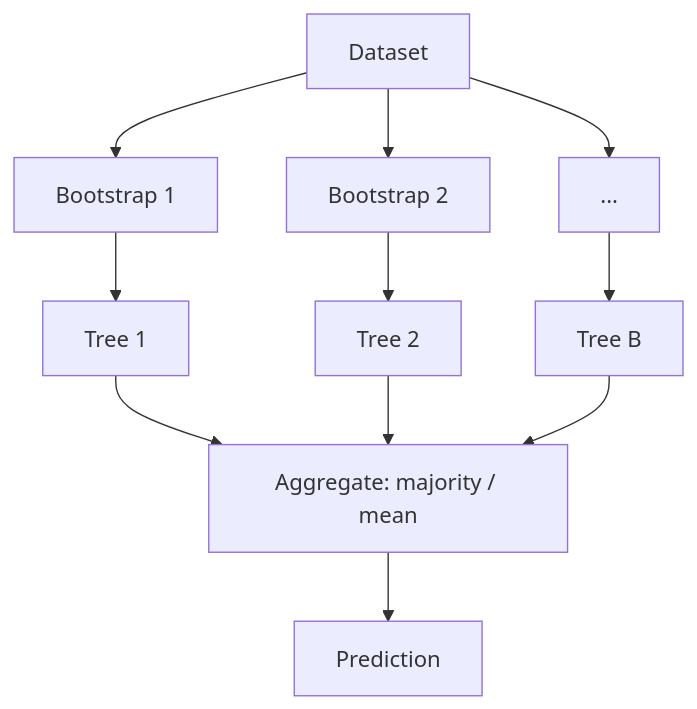
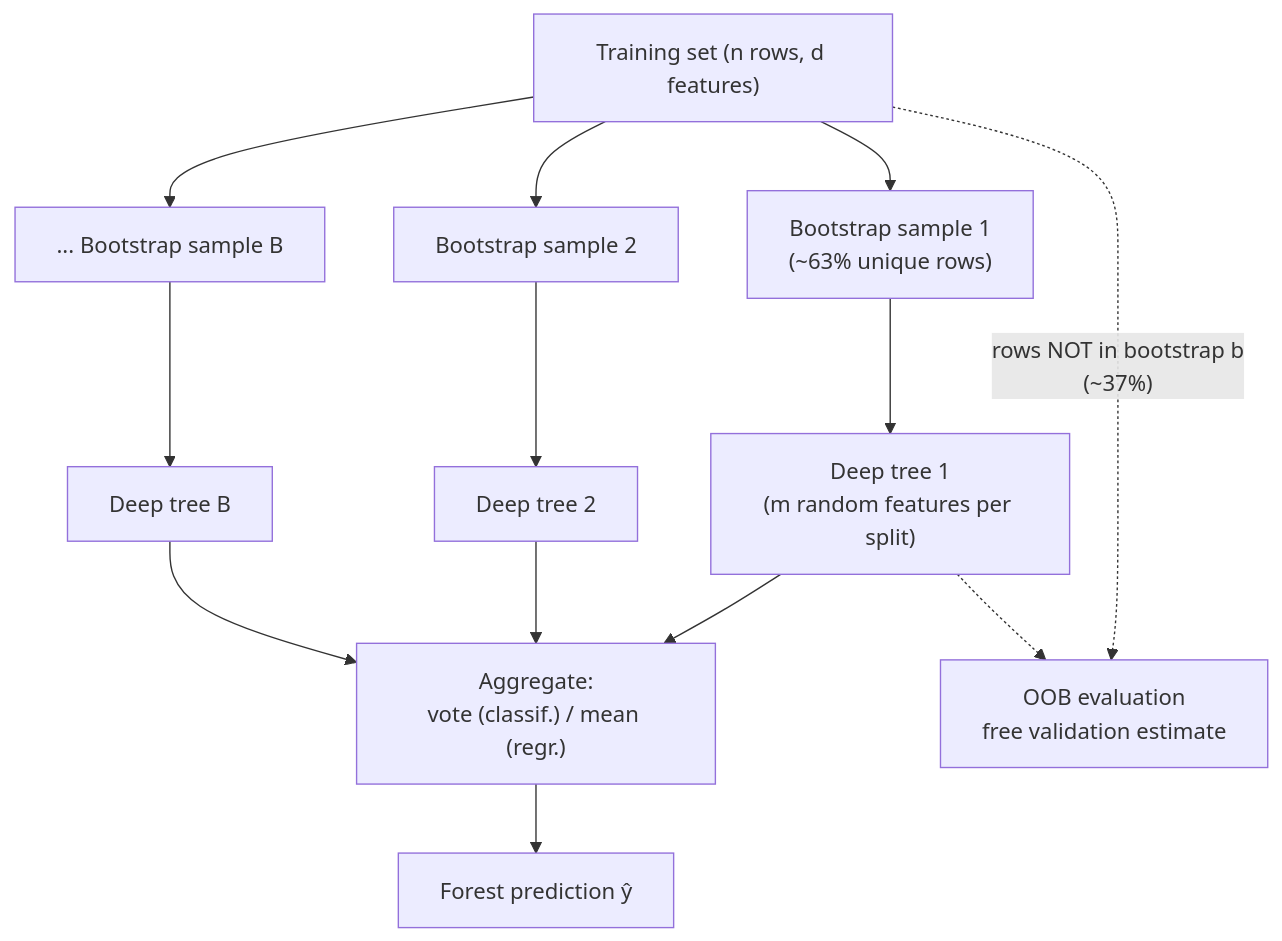
One commit to ABHIRAM3007/itp changed the first of 2 diagrams in roadmap/phase-1-classical-ml/09-random-forests.md. Above: the diagram before and after it, drawn with Mermaid. The commit also changed other lines of this file and 23 other files, not shown here.

````diff
--- a/roadmap/phase-1-classical-ml/09-random-forests.md
+++ b/roadmap/phase-1-classical-ml/09-random-forests.md
@@ -70,10 +159,15 @@
 ```mermaid
 flowchart TD
-    D["Dataset"] --> B1["Bootstrap 1"] --> T1["Tree 1"]
-    D --> B2["Bootstrap 2"] --> T2["Tree 2"]
-    D --> BN["..."] --> TN["Tree B"]
-    T1 --> A["Aggregate: majority / mean"]
+    D["Training set (n rows, d features)"] --> B1["Bootstrap sample 1<br/>(~63% unique rows)"]
+    D --> B2["Bootstrap sample 2"]
+    D --> B3["... Bootstrap sample B"]
+    B1 --> T1["Deep tree 1<br/>(m random features per split)"]
+    B2 --> T2["Deep tree 2"]
+    B3 --> T3["Deep tree B"]
+    T1 --> A["Aggregate:<br/>vote (classif.) / mean (regr.)"]
     T2 --> A
-    TN --> A
-    A --> P["Prediction"]
+    T3 --> A
+    A --> P["Forest prediction ŷ"]
+    D -. "rows NOT in bootstrap b<br/>(~37%)" .-> OOB["OOB evaluation<br/>free validation estimate"]
+    T1 -.-> OOB
 ```
````
